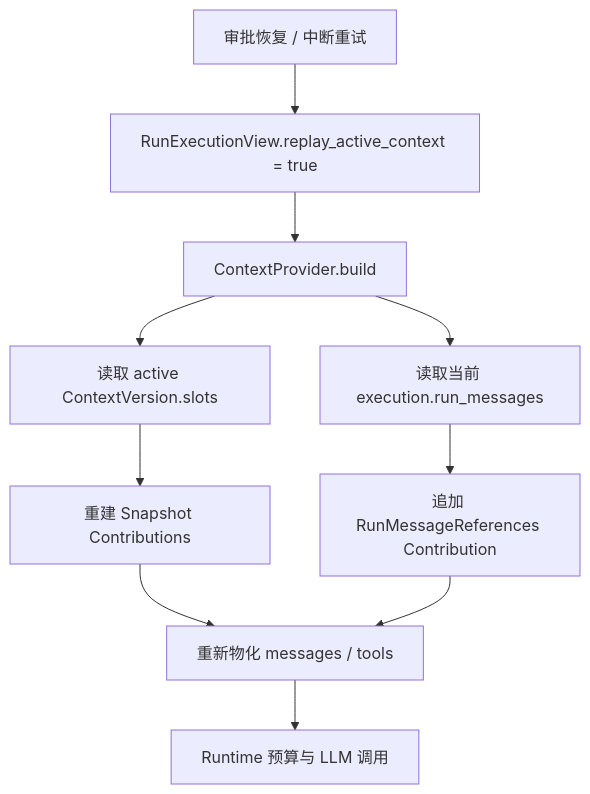
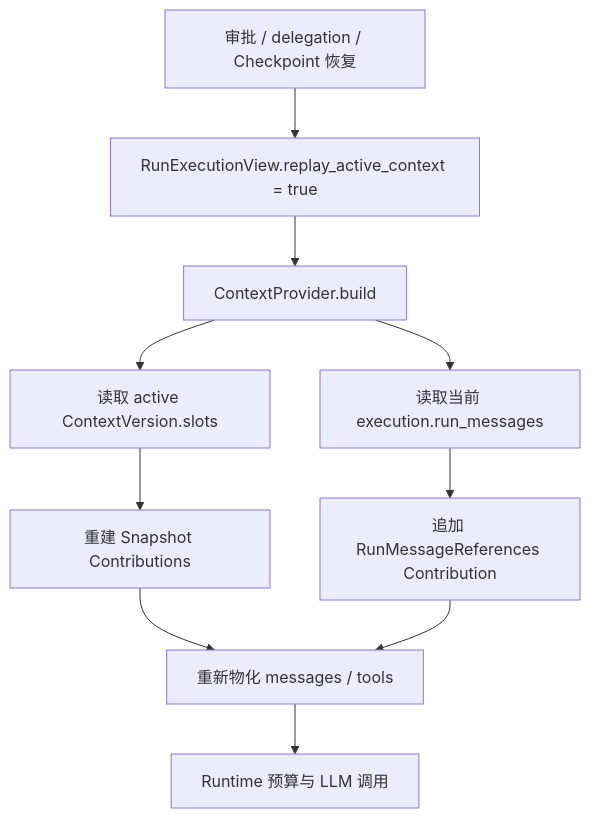
Before and after one commit to aandbcct/dotClaw: diagram 11 of 14 in docs/wiki/Context 模块总体说明.md, drawn with Mermaid. The commit also changed other lines of this file and 12 other files, not shown here.

````diff
--- a/docs/wiki/Context 模块总体说明.md
+++ b/docs/wiki/Context 模块总体说明.md
@@ -1656,12 +1656,12 @@
 ```mermaid
 flowchart TD
-    Resume["审批恢复 / 中断重试"] --> View["RunExecutionView.replay_active_context = true"]
+    Resume["审批 / delegation / Checkpoint 恢复"] --> View["RunExecutionView.replay_active_context = true"]
     View --> Provider["ContextProvider.build"]
     Provider --> Active["读取 active ContextVersion.slots"]
     Active --> Contributions["重建 Snapshot Contributions"]
     Provider --> RunFacts["读取当前 execution.run_messages"]
     RunFacts --> References["追加 RunMessageReferences Contribution"]
     Contributions --> Bundle["重新物化 messages / tools"]
     References --> Bundle
     Bundle --> Runtime["Runtime 预算与 LLM 调用"]
 ```
````
